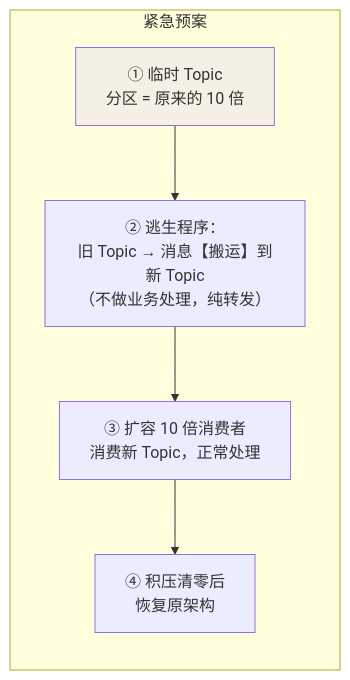
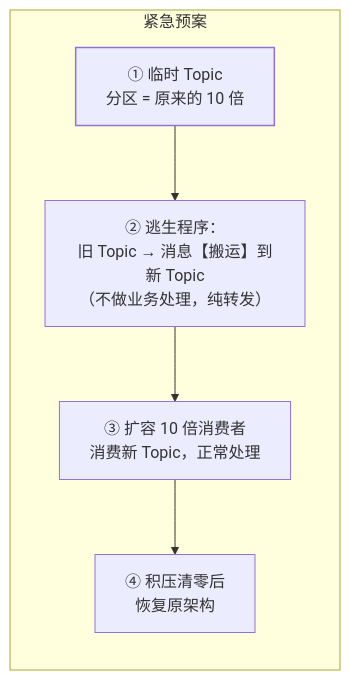
The second of 2 diagrams in src/content/docs/rocketmq/advanced/core/03-backlog.md (Loadhao/ascension), drawn with Mermaid before and after one commit. The commit also changed other lines of this file and 87 other files, not shown here.

First line of the commit message:
fix: 全站图表配色改由主题接管，修复暗色主题下浅底浅字看不清

````diff
--- a/src/content/docs/rocketmq/advanced/core/03-backlog.md
+++ b/src/content/docs/rocketmq/advanced/core/03-backlog.md
@@ -42,10 +44,11 @@
 ```mermaid
 flowchart LR
     subgraph EMERGENCY["紧急预案"]
         A["① 临时 Topic<br/>分区 = 原来的 10 倍"] --> B["② 逃生程序：<br/>旧 Topic → 消息【搬运】到新 Topic<br/>（不做业务处理，纯转发）"]
         B --> C["③ 扩容 10 倍消费者<br/>消费新 Topic，正常处理"]
         C --> D["④ 积压清零后<br/>恢复原架构"]
     end
 
-    style A fill:#f5f0e6
+    class A hl
+    classDef hl stroke-width:1.5px
 ```
````
